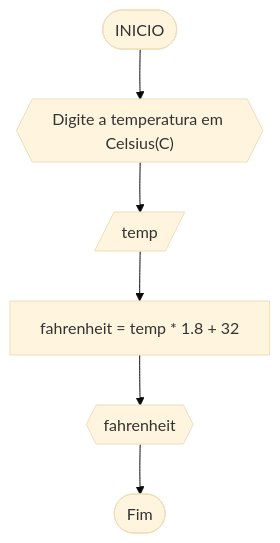
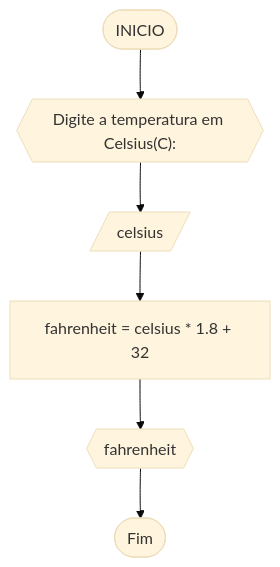
Before and after one commit to eryckmike/Unifor: the second of 10 diagrams in RLA/Lista2_exercicios.md, drawn with Mermaid (base theme). The commit also changed other lines of this file, not shown here.

````diff
--- a/RLA/Lista2_exercicios.md
+++ b/RLA/Lista2_exercicios.md
@@ -14,8 +24,8 @@
 ```mermaid
 flowchart TD
-A([INICIO]) --> B{{"Digite a temperatura em Celsius(C)"}}
-B --> C[/temp/]
-C --> D[fahrenheit = temp * 1.8 + 32]
+A([INICIO]) --> B{{"Digite a temperatura em Celsius(C):"}}
+B --> C[/celsius/]
+C --> D[fahrenheit = celsius * 1.8 + 32]
 D --> E{{fahrenheit}}
 E --> F([Fim])
 ```
````
